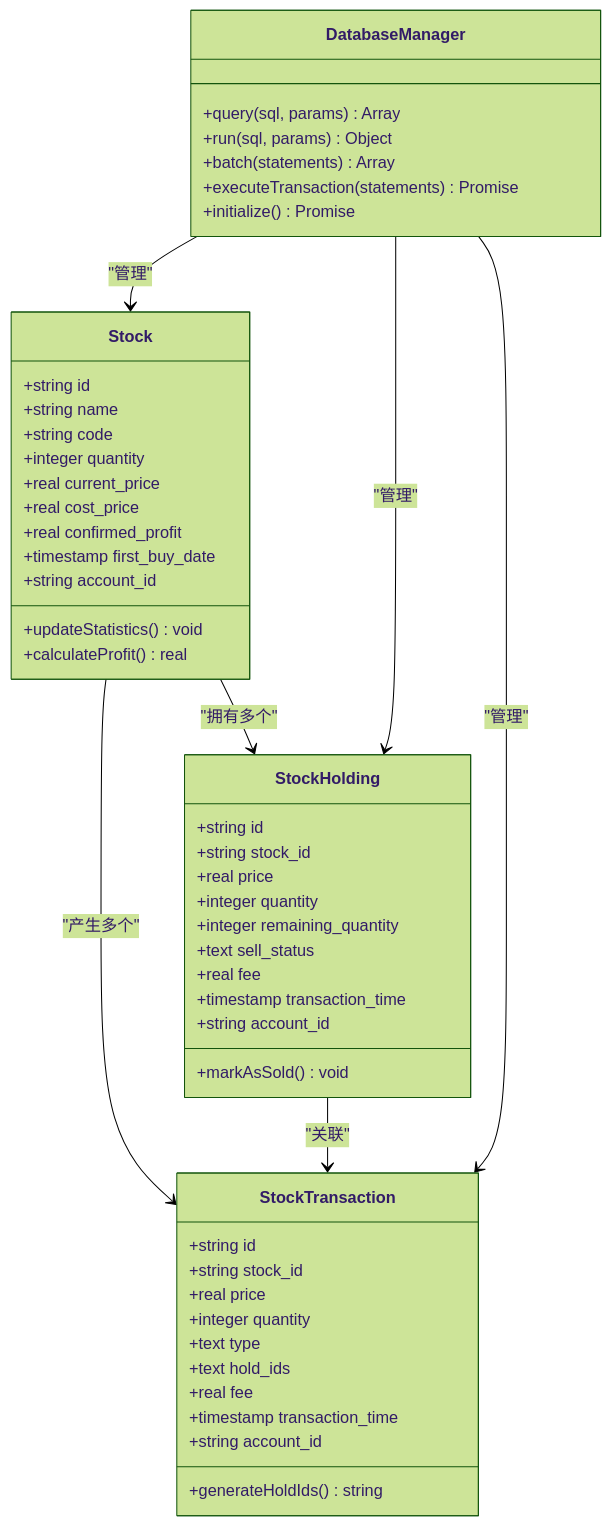
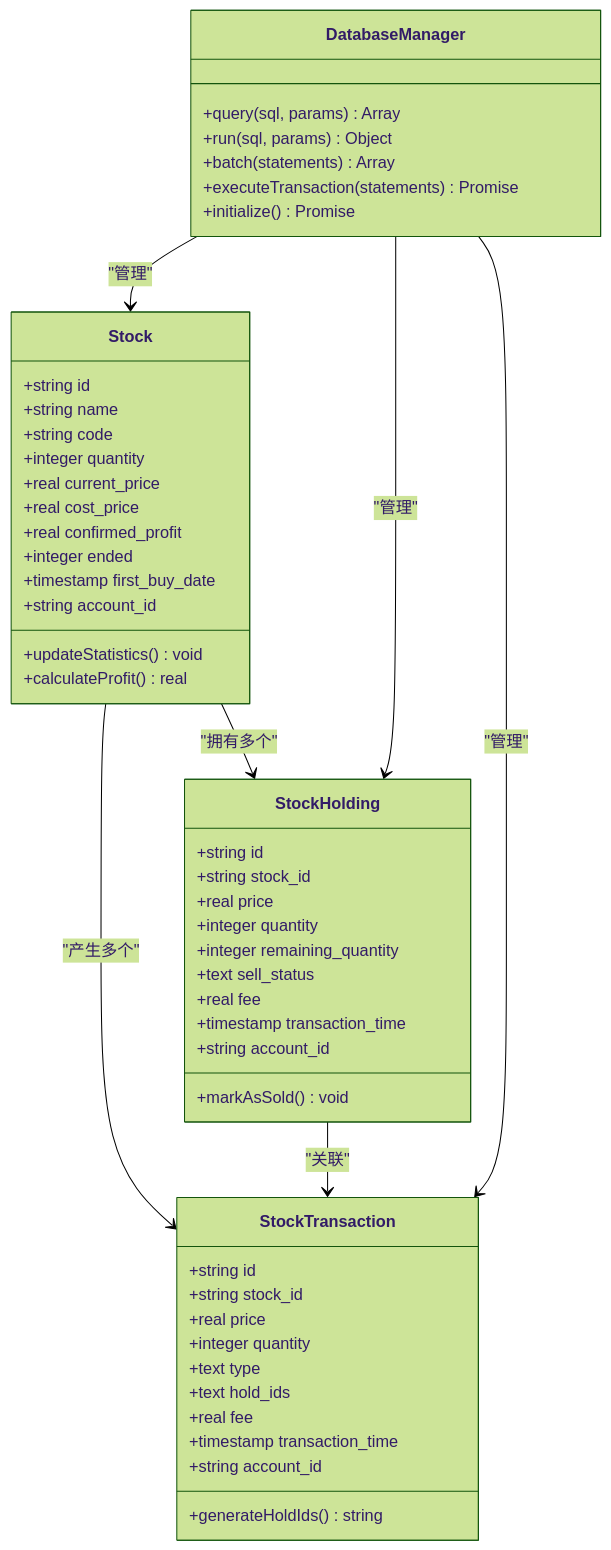
One commit to xiao-lin-unit/yuan changed the seventh of 11 diagrams in .qoder/repowiki/zh/content/资产管理/股票管理.md. Above: the diagram before and after it, drawn with Mermaid (forest theme). The commit also changed other lines of this file and 37 other files, not shown here.

````diff
--- a/.qoder/repowiki/zh/content/资产管理/股票管理.md
+++ b/.qoder/repowiki/zh/content/资产管理/股票管理.md
@@ -246,53 +366,54 @@
 ```mermaid
 classDiagram
 class Stock {
 +string id
 +string name
 +string code
 +integer quantity
 +real current_price
 +real cost_price
 +real confirmed_profit
++integer ended
 +timestamp first_buy_date
 +string account_id
 +updateStatistics() void
 +calculateProfit() real
 }
 class StockHolding {
 +string id
 +string stock_id
 +real price
 +integer quantity
 +integer remaining_quantity
 +text sell_status
 +real fee
 +timestamp transaction_time
 +string account_id
 +markAsSold() void
 }
 class StockTransaction {
 +string id
 +string stock_id
 +real price
 +integer quantity
 +text type
 +text hold_ids
 +real fee
 +timestamp transaction_time
 +string account_id
 +generateHoldIds() string
 }
 class DatabaseManager {
 +query(sql, params) Array
 +run(sql, params) Object
 +batch(statements) Array
 +executeTransaction(statements) Promise
 +initialize() Promise
 }
 Stock --> StockHolding : "拥有多个"
 Stock --> StockTransaction : "产生多个"
 StockHolding --> StockTransaction : "关联"
 DatabaseManager --> Stock : "管理"
 DatabaseManager --> StockHolding : "管理"
 DatabaseManager --> StockTransaction : "管理"
 ```
````
